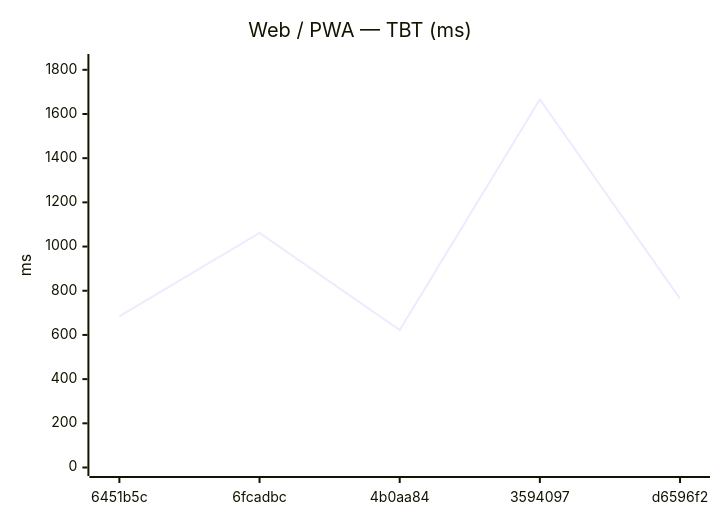
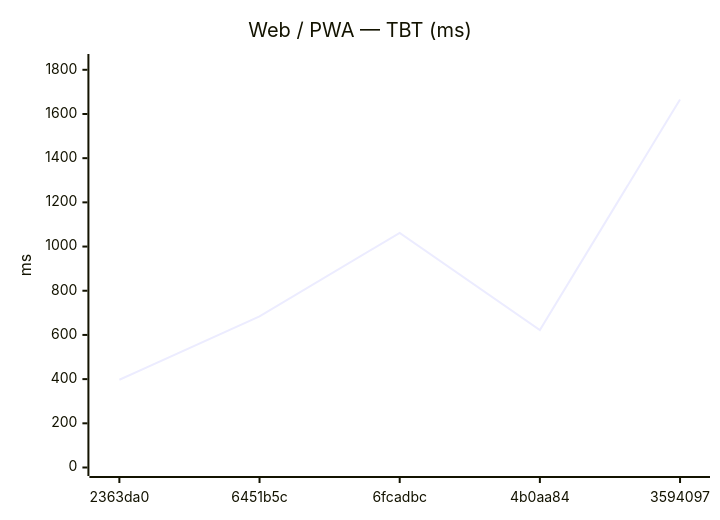
Before and after one commit to Metaheurist/Rianell: the sixth of 12 diagrams in benchmarks/compare.md, drawn with Mermaid. The commit also changed other lines of this file and 8 other files, not shown here.

````diff
--- a/benchmarks/compare.md
+++ b/benchmarks/compare.md
@@ -89,7 +89,7 @@
 ```mermaid
 xychart-beta
     title "Web / PWA — TBT (ms)"
-    x-axis ["6451b5c", "6fcadbc", "4b0aa84", "3594097", "d6596f2"]
+    x-axis ["2363da0", "6451b5c", "6fcadbc", "4b0aa84", "3594097"]
     y-axis "ms" 0 --> 1833
-    line [684, 1062, 622, 1666, 764]
+    line [397, 684, 1062, 622, 1666]
 ```
````
